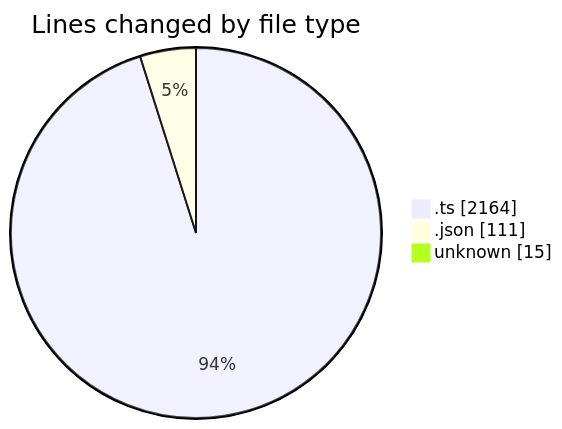
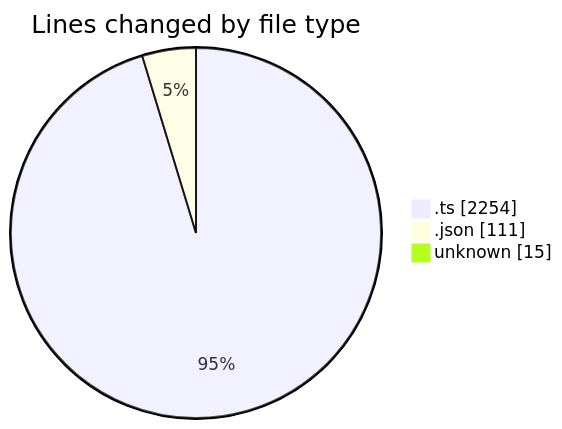
Before and after one commit to lephambinh05/code-tracking: the first of 2 diagrams in 2025-09-13/hiai-phf/README.md, drawn with Mermaid. The commit also changed other lines of this file and 1 other file, not shown here.

````diff
--- a/2025-09-13/hiai-phf/README.md
+++ b/2025-09-13/hiai-phf/README.md
@@ -29,7 +29,7 @@
 ```mermaid
 pie showData
 title Lines changed by file type
-".ts" : 2164
+".ts" : 2254
 ".json" : 111
 "unknown" : 15
 ```
````
